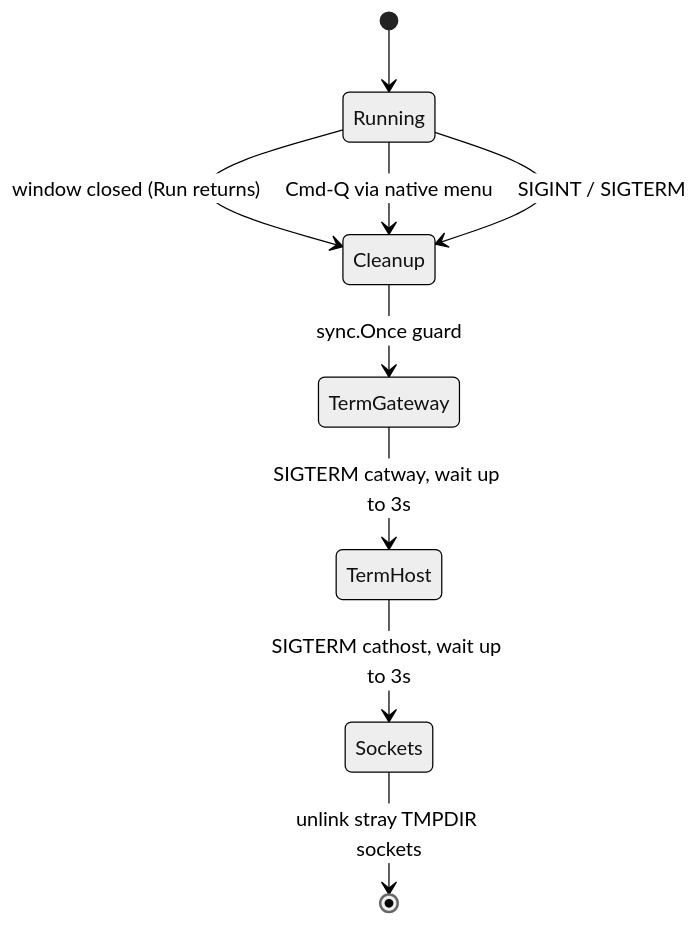
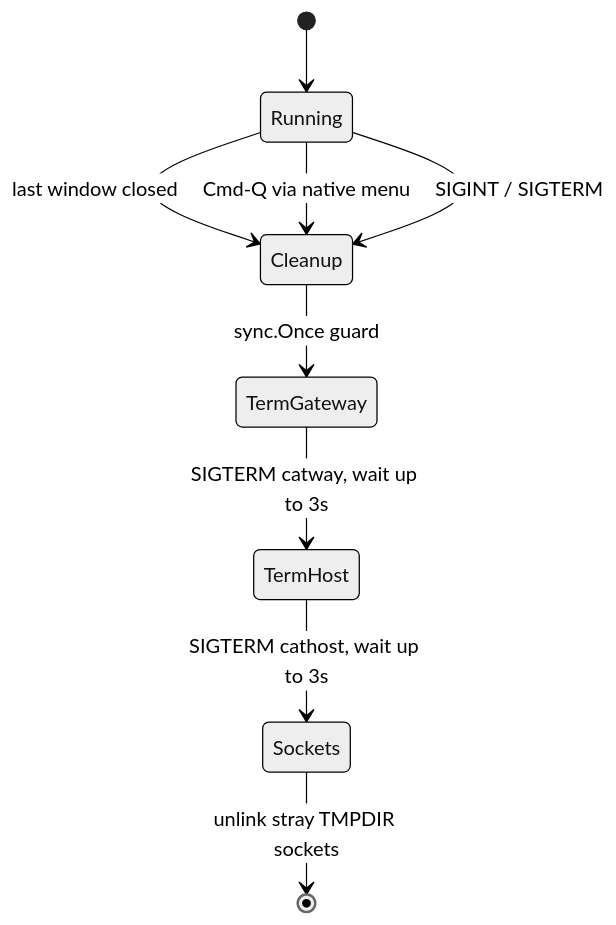
The third of 3 diagrams in docs/architecture/standalone-mac.md (rohanthewiz/cats), drawn with Mermaid (neutral theme) before and after one commit. The commit also changed other lines of this file and 44 other files, not shown here.

````diff
--- a/docs/architecture/standalone-mac.md
+++ b/docs/architecture/standalone-mac.md
@@ -169,11 +221,11 @@
 ```mermaid
 stateDiagram-v2
   [*] --> Running
-  Running --> Cleanup : window closed (Run returns)
+  Running --> Cleanup : last window closed
   Running --> Cleanup : Cmd-Q via native menu
   Running --> Cleanup : SIGINT / SIGTERM
   Cleanup --> TermGateway : sync.Once guard
   TermGateway --> TermHost : SIGTERM catway, wait up to 3s
   TermHost --> Sockets : SIGTERM cathost, wait up to 3s
   Sockets --> [*] : unlink stray TMPDIR sockets
 ```
````
